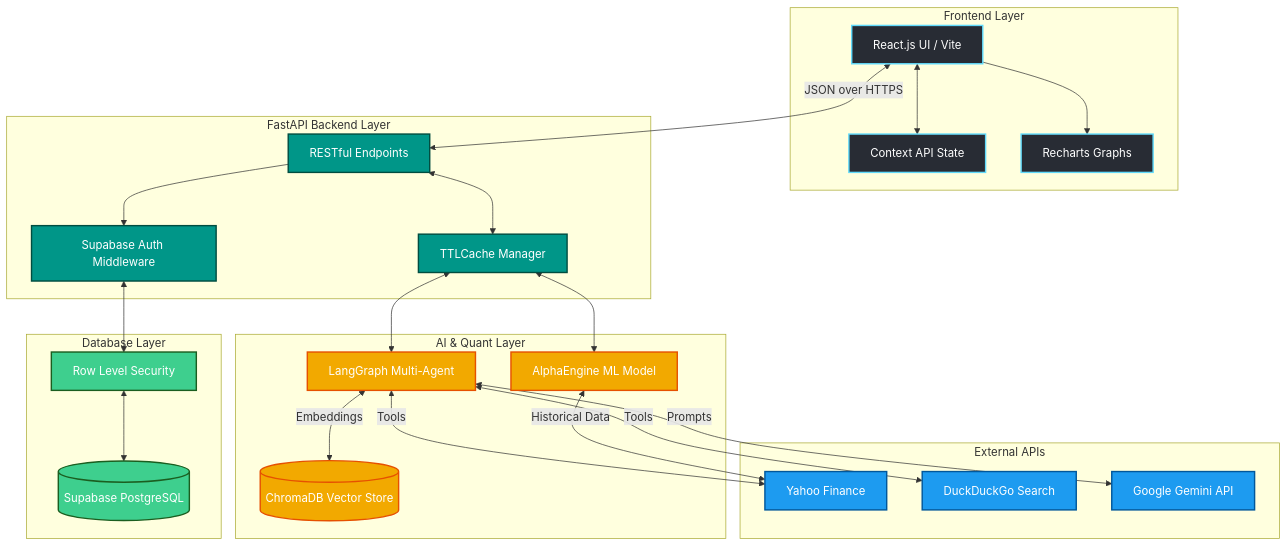
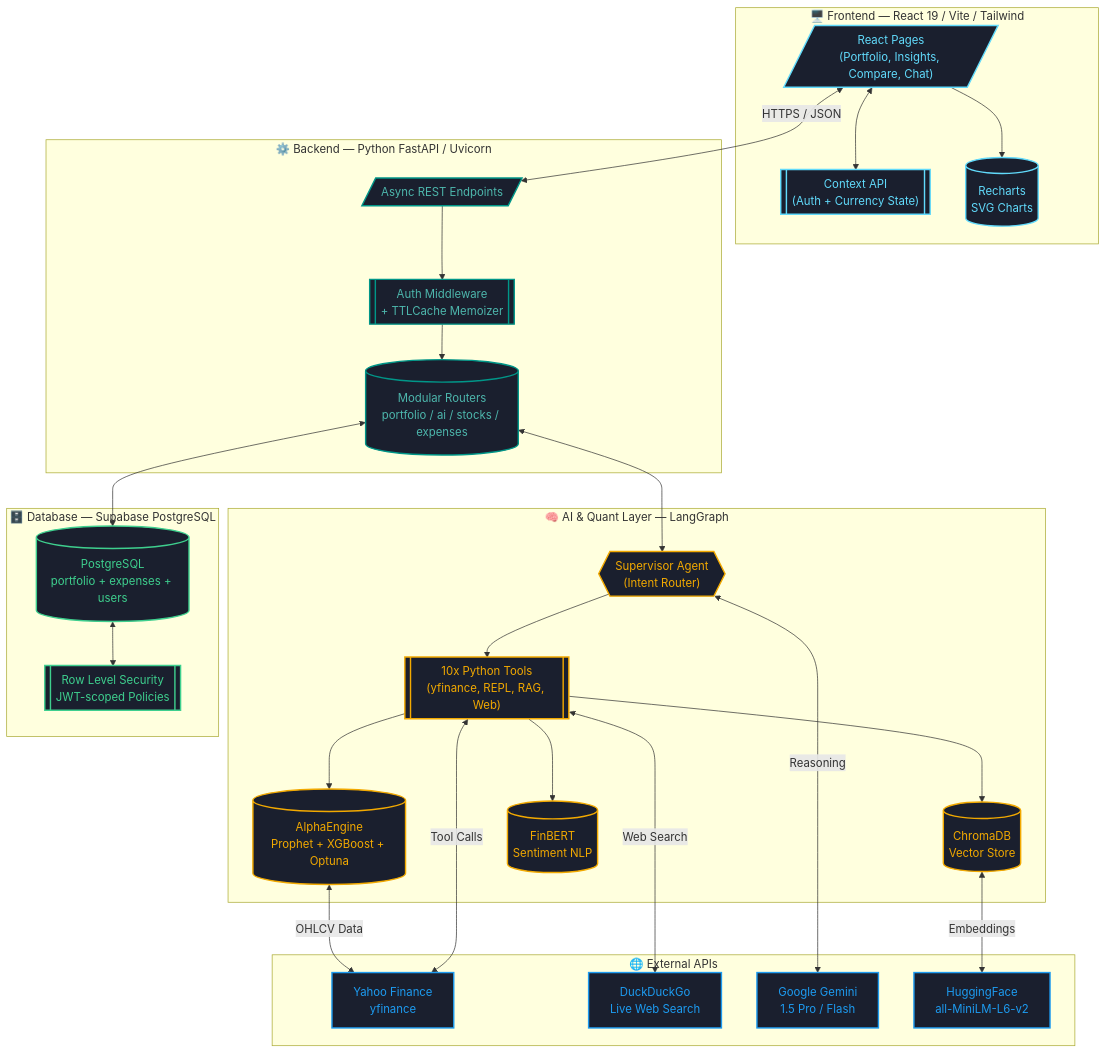
One commit to abhiram5856/finsights-nexus changed the diagram in README.md. Above: the diagram before and after it, drawn with Mermaid. The commit also changed other lines of this file, not shown here.

Commit message:
docs: World-class README with accurate feature set, Mermaid diagram, and full API reference

````diff
--- a/README.md
+++ b/README.md
@@ -69,58 +175,61 @@
 ```mermaid
 graph TD
-    %% Define Styles
-    classDef frontend fill:#282c34,stroke:#61dafb,stroke-width:2px,color:#fff;
-    classDef backend fill:#009688,stroke:#004d40,stroke-width:2px,color:#fff;
-    classDef ai fill:#f2a900,stroke:#e65100,stroke-width:2px,color:#fff;
-    classDef db fill:#3ecf8e,stroke:#1b5e20,stroke-width:2px,color:#fff;
-    classDef ext fill:#1d9bf0,stroke:#01579b,stroke-width:2px,color:#fff;
+    classDef fe fill:#1a1f2e,stroke:#61dafb,color:#61dafb,stroke-width:2px
+    classDef be fill:#1a1f2e,stroke:#009688,color:#4db6ac,stroke-width:2px
+    classDef ai fill:#1a1f2e,stroke:#f2a900,color:#f2a900,stroke-width:2px
+    classDef db fill:#1a1f2e,stroke:#3ecf8e,color:#3ecf8e,stroke-width:2px
+    classDef ext fill:#1a1f2e,stroke:#1d9bf0,color:#1d9bf0,stroke-width:2px
 
-    subgraph Client [Frontend Layer]
-        UI[React.js UI / Vite]:::frontend
-        Context[Context API State]:::frontend
-        Charts[Recharts Graphs]:::frontend
+    subgraph Frontend ["🖥️ Frontend — React 19 / Vite / Tailwind"]
+        UI[/"React Pages\n(Portfolio, Insights, Compare, Chat)"/]:::fe
+        CTX[["Context API\n(Auth + Currency State)"]]:::fe
+        Charts[("Recharts\nSVG Charts")]:::fe
     end
 
-    subgraph Server [FastAPI Backend Layer]
-        API[RESTful Endpoints]:::backend
-        Auth[Supabase Auth Middleware]:::backend
-        Cache[TTLCache Manager]:::backend
+    subgraph Backend ["⚙️ Backend — Python FastAPI / Uvicorn"]
+        API[/"Async REST Endpoints"/]:::be
+        MW[["Auth Middleware\n+ TTLCache Memoizer"]]:::be
+        Routes[("Modular Routers\nportfolio / ai / stocks / expenses")]:::be
     end
 
-    subgraph Intelligence [AI & Quant Layer]
-        Agent[LangGraph Multi-Agent]:::ai
-        Model[AlphaEngine ML Model]:::ai
-        RAG[(ChromaDB Vector Store)]:::ai
+    subgraph AILayer ["🧠 AI & Quant Layer — LangGraph"]
+        Supervisor{{"Supervisor Agent\n(Intent Router)"}}:::ai
+        Tools[["10x Python Tools\n(yfinance, REPL, RAG, Web)"]]:::ai
+        AlphaEngine[("AlphaEngine\nProphet + XGBoost + Optuna")]:::ai
+        RAG[(ChromaDB\nVector Store)]:::ai
+        FinBERT[("FinBERT\nSentiment NLP")]:::ai
     end
 
-    subgraph Storage [Database Layer]
-        DB[(Supabase PostgreSQL)]:::db
-        RLS[Row Level Security]:::db
+    subgraph DBLayer ["🗄️ Database — Supabase PostgreSQL"]
+        DB[(PostgreSQL\nportfolio + expenses + users)]:::db
+        RLS[["Row Level Security\nJWT-scoped Policies"]]:::db
     end
 
-    subgraph External [External APIs]
-        YF[Yahoo Finance]:::ext
-        DDG[DuckDuckGo Search]:::ext
-        LLM[Google Gemini API]:::ext
+    subgraph ExtAPIs ["🌐 External APIs"]
+        YF["Yahoo Finance\nyfinance"]:::ext
+        DDG["DuckDuckGo\nLive Web Search"]:::ext
+        Gemini["Google Gemini\n1.5 Pro / Flash"]:::ext
+        HF["HuggingFace\nall-MiniLM-L6-v2"]:::ext
     end
 
-    %% Connections
-    UI <-->|JSON over HTTPS| API
+    UI <-->|"HTTPS / JSON"| API
+    UI <--> CTX
     UI --> Charts
-    UI <--> Context
 
-    API --> Auth
-    Auth <--> RLS
-    RLS <--> DB
+    API --> MW
+    MW --> Routes
+    Routes <--> DB
+    DB <--> RLS
 
-    API <--> Cache
-    Cache <--> Agent
-    Cache <--> Model
+    Routes <--> Supervisor
+    Supervisor --> Tools
+    Tools --> AlphaEngine
+    Tools --> RAG
+    Tools --> FinBERT
 
-    Agent <-->|Embeddings| RAG
-    Agent <-->|Prompts| LLM
-    Agent <-->|Tools| YF
-    Agent <-->|Tools| DDG
-
-    Model <-->|Historical Data| YF
+    AlphaEngine <-->|"OHLCV Data"| YF
+    Tools <-->|"Tool Calls"| YF
+    Tools <-->|"Web Search"| DDG
+    Supervisor <-->|"Reasoning"| Gemini
+    RAG <-->|"Embeddings"| HF
 ```
````
